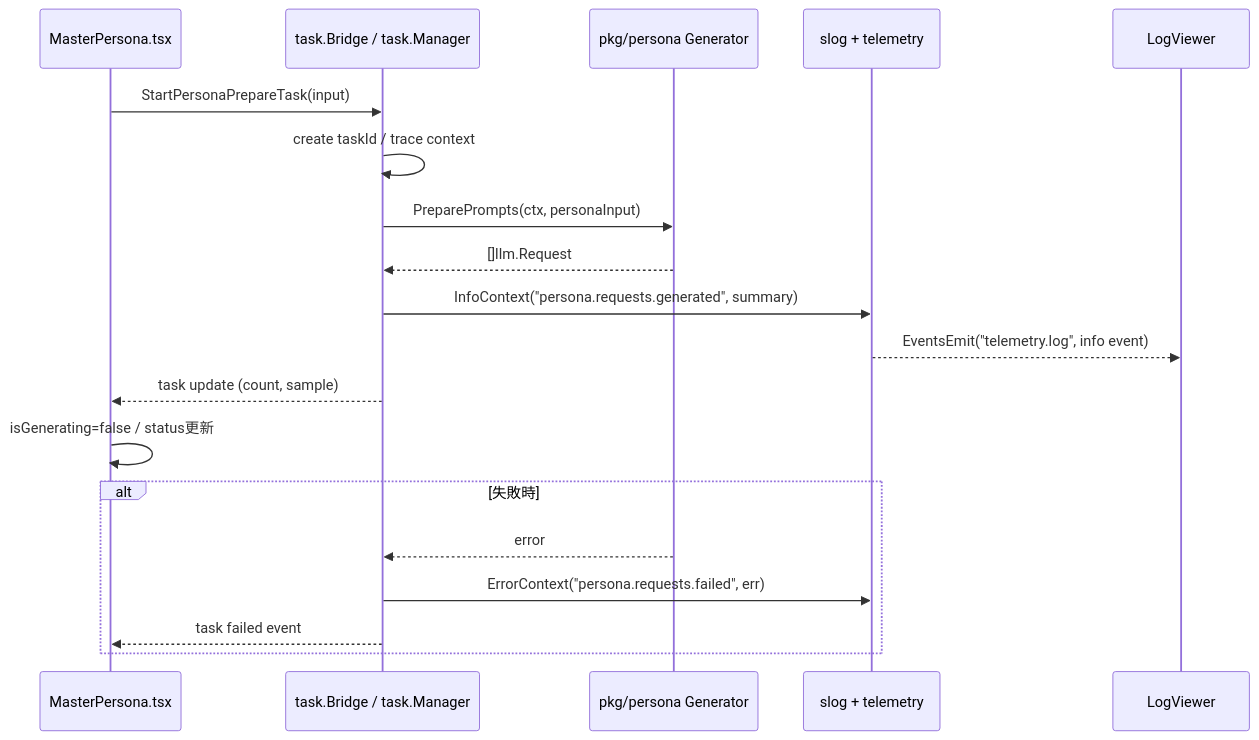
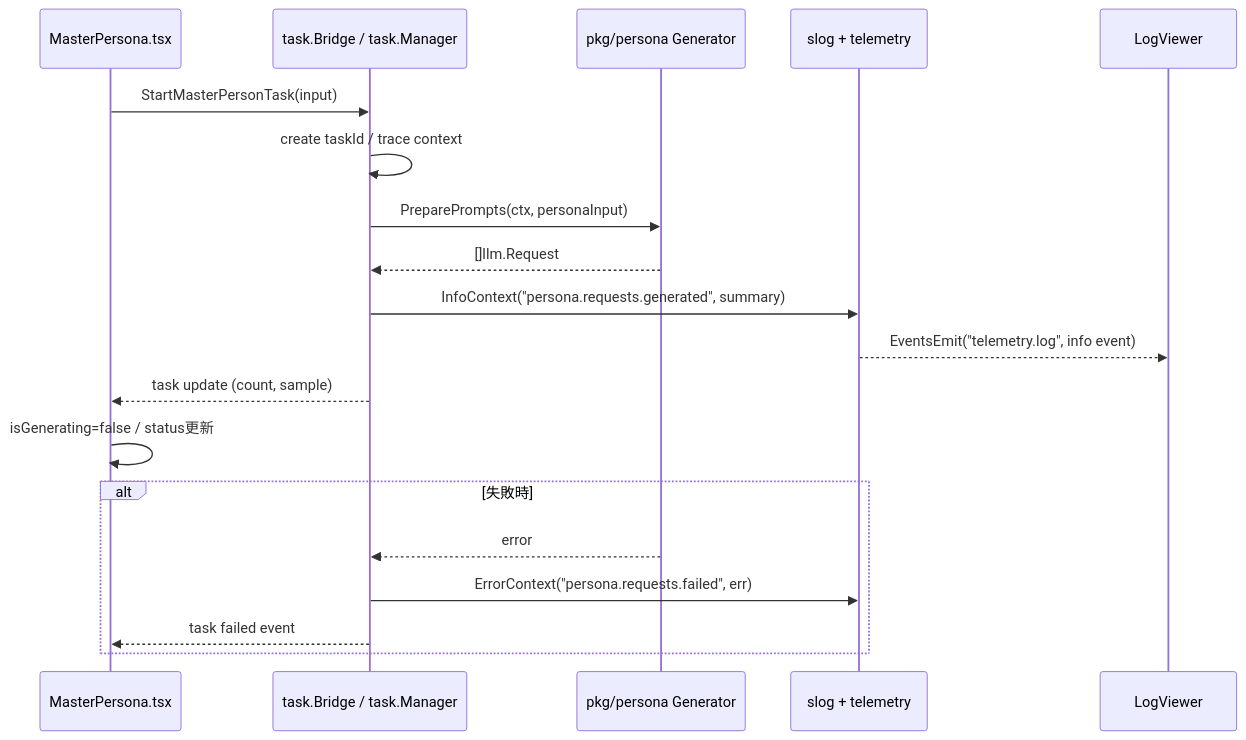
The second of 2 diagrams in openspec/changes/persona-ui-pkg-request-log/design.md (ishibata91/ai-translation-engine-2), drawn with Mermaid before and after one commit. The commit also changed other lines of this file and 23 other files, not shown here.

````diff
--- a/openspec/changes/persona-ui-pkg-request-log/design.md
+++ b/openspec/changes/persona-ui-pkg-request-log/design.md
@@ -106,23 +106,23 @@
 ```mermaid
 sequenceDiagram
     participant UI as MasterPersona.tsx
     participant Task as task.Bridge / task.Manager
     participant Gen as pkg/persona Generator
     participant Log as slog + telemetry
     participant Viewer as LogViewer
 
-    UI->>Task: StartPersonaPrepareTask(input)
+    UI->>Task: StartMasterPersonTask(input)
     Task->>Task: create taskId / trace context
     Task->>Gen: PreparePrompts(ctx, personaInput)
     Gen-->>Task: []llm.Request
     Task->>Log: InfoContext("persona.requests.generated", summary)
     Log-->>Viewer: EventsEmit("telemetry.log", info event)
     Task-->>UI: task update (count, sample)
     UI->>UI: isGenerating=false / status更新
 
     alt 失敗時
       Gen-->>Task: error
       Task->>Log: ErrorContext("persona.requests.failed", err)
       Task-->>UI: task failed event
     end
 ```
````
